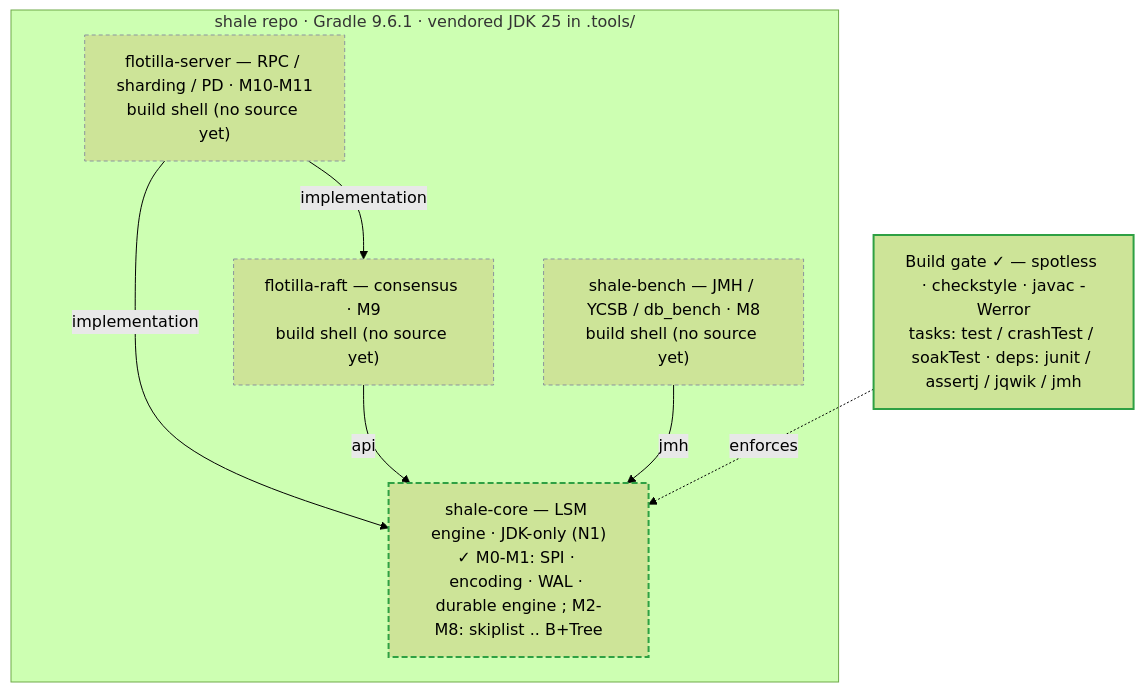
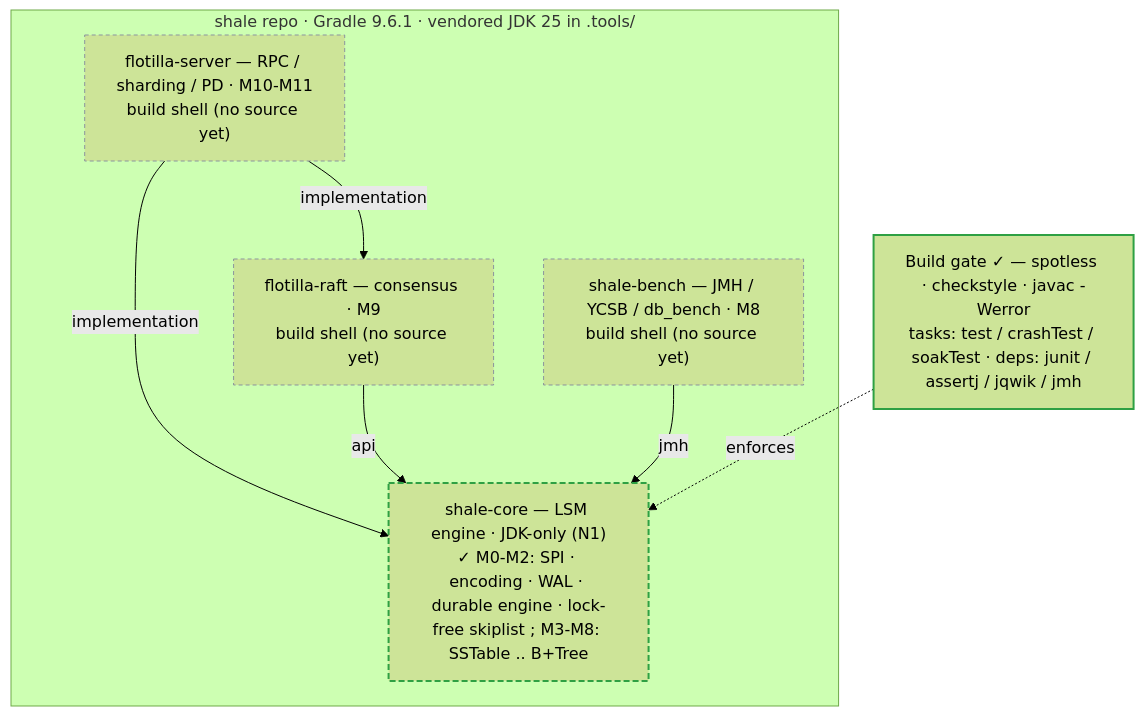
Before and after one commit to rahul-j0shi/shale: the first of 4 diagrams in README.md, drawn with Mermaid (forest theme). The commit also changed other lines of this file and 1 other file, not shown here.

First line of the commit message:
docs(docs): M2 release note and README status/diagram update

````diff
--- a/README.md
+++ b/README.md
@@ -68,19 +72,19 @@
 ```mermaid
 flowchart TB
   subgraph repo["shale repo · Gradle 9.6.1 · vendored JDK 25 in .tools/"]
-    core["shale-core — LSM engine · JDK-only (N1)<br/>✓ M0-M1: SPI · encoding · WAL · durable engine ; M2-M8: skiplist .. B+Tree"]:::part
+    core["shale-core — LSM engine · JDK-only (N1)<br/>✓ M0-M2: SPI · encoding · WAL · durable engine · lock-free skiplist ; M3-M8: SSTable .. B+Tree"]:::part
     bench["shale-bench — JMH / YCSB / db_bench · M8<br/>build shell (no source yet)"]:::plan
     raft["flotilla-raft — consensus · M9<br/>build shell (no source yet)"]:::plan
     server["flotilla-server — RPC / sharding / PD · M10-M11<br/>build shell (no source yet)"]:::plan
   end
   server -->|implementation| raft
   server -->|implementation| core
   raft -->|api| core
   bench -->|jmh| core
   gate["Build gate ✓ — spotless · checkstyle · javac -Werror<br/>tasks: test / crashTest / soakTest · deps: junit / assertj / jqwik / jmh"]:::done
   gate -. enforces .-> core
 
   classDef done stroke:#2ea043,stroke-width:2px;
   classDef part stroke:#2ea043,stroke-width:2px,stroke-dasharray:6 3;
   classDef plan stroke:#8b949e,stroke-width:1px,stroke-dasharray:4 3;
 ```
````
